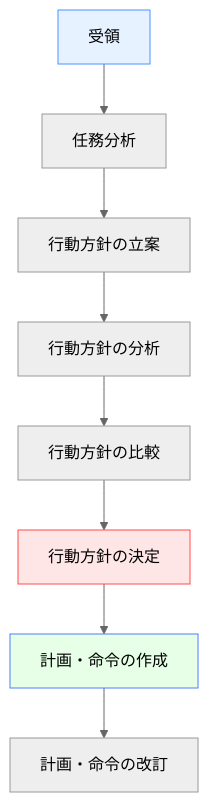
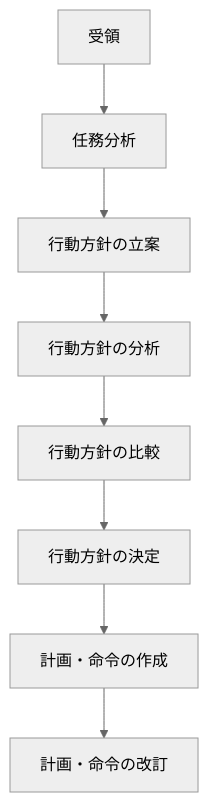
The second of 10 diagrams in docs/applications/military-dm.md (shuji-bonji/Situational-Awareness-and-Decision-Making), drawn with Mermaid (neutral theme) before and after one commit. The commit also changed other lines of this file and 49 other files, not shown here.

Commit message:
fix: ダークモードで見づらい図の色の変更

````diff
--- a/docs/applications/military-dm.md
+++ b/docs/applications/military-dm.md
@@ -65,14 +65,14 @@
     ```mermaid
     graph TD
         A[受領] --> B[任務分析]
         B --> C[行動方針の立案]
         C --> D[行動方針の分析]
         D --> E[行動方針の比較]
         E --> F[行動方針の決定]
         F --> G[計画・命令の作成]
         G --> H[計画・命令の改訂]
         
-        style A fill:#e6f2ff,stroke:#4d94ff
-        style F fill:#ffe6e6,stroke:#ff4d4d
-        style G fill:#e6ffe6,stroke:#4d7fff
+    
+    
+    
     ```
````
